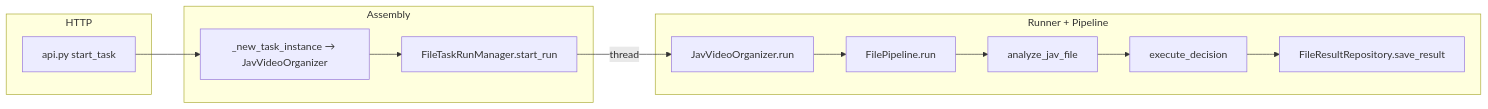
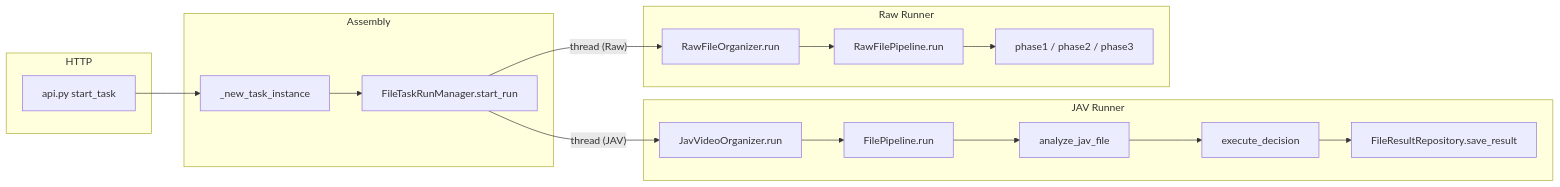
One commit to watchzerg/j-file-kit changed the diagram in docs/ARCHITECTURE.md. Above: the diagram before and after it, drawn with Mermaid. The commit also changed other lines of this file and 4 other files, not shown here.

````diff
--- a/docs/ARCHITECTURE.md
+++ b/docs/ARCHITECTURE.md
@@ -172,20 +175,25 @@
 ```mermaid
 flowchart LR
   subgraph http [HTTP]
-    A[api.py start_task]
+    A["api.py start_task"]
   end
   subgraph asm [Assembly]
-    B[_new_task_instance → JavVideoOrganizer]
-    M[FileTaskRunManager.start_run]
+    B["_new_task_instance"]
+    M["FileTaskRunManager.start_run"]
   end
-  subgraph run [Runner + Pipeline]
-    J[JavVideoOrganizer.run]
-    P[FilePipeline.run]
-    N[analyze_jav_file]
-    X[execute_decision]
-    R[FileResultRepository.save_result]
+  subgraph javRun [JAV Runner]
+    J["JavVideoOrganizer.run"]
+    P["FilePipeline.run"]
+    N["analyze_jav_file"]
+    X["execute_decision"]
+    R["FileResultRepository.save_result"]
+  end
+  subgraph rawRun [Raw Runner]
+    RO["RawFileOrganizer.run"]
+    RP["RawFilePipeline.run"]
+    PH["phase1 / phase2 / phase3"]
   end
   A --> B --> M
-  M -->|thread| J --> P
-  P --> N --> X --> R
+  M -->|"thread (JAV)"| J --> P --> N --> X --> R
+  M -->|"thread (Raw)"| RO --> RP --> PH
 ```
````
